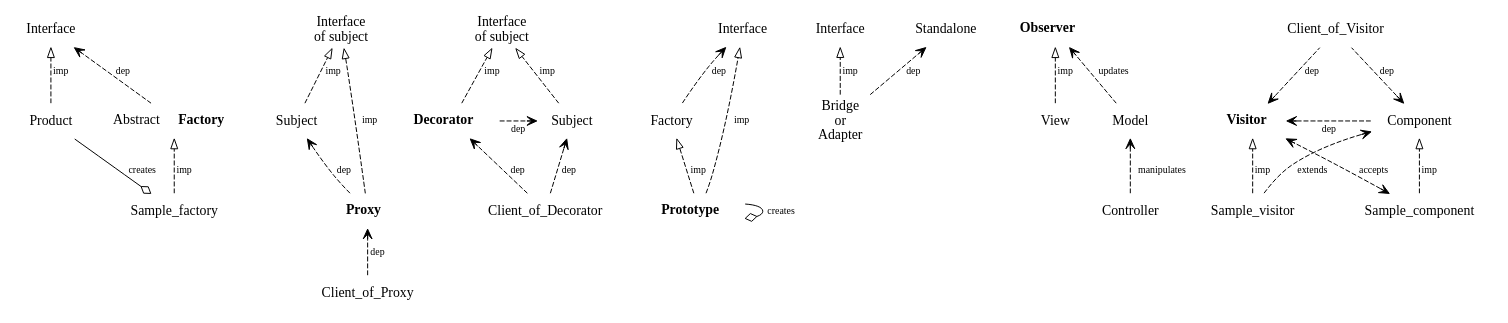
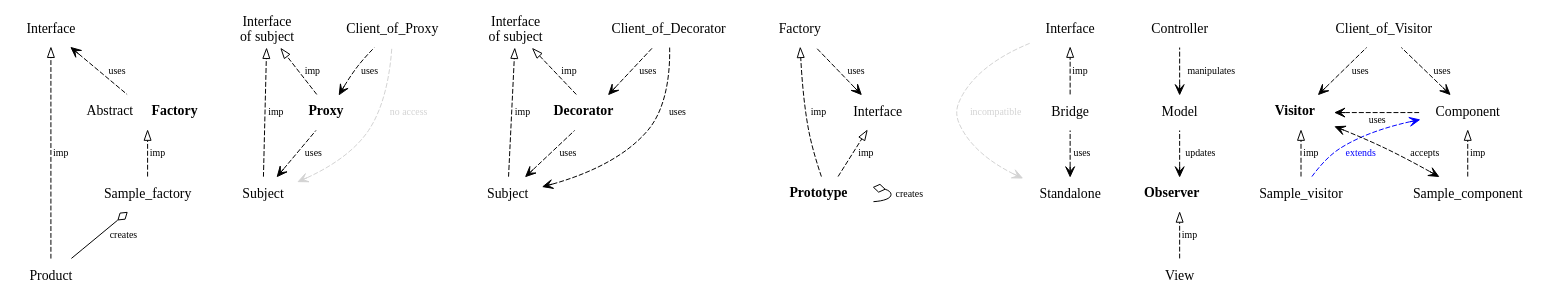
The diagram in cpp/patterns.dot (makelinux/examples), drawn with Graphviz before and after one commit.

```diff
--- a/cpp/patterns.dot
+++ b/cpp/patterns.dot
@@ -1,64 +1,65 @@
 digraph G {
 	rankdir="BT"
 	node [shape=plaintext];
 	{ rank=max Interface }
 	edge [fontsize=10 _fontcolor=darkgray]
 	// Inheritance
 	edge [label=inh arrowhead=onormal];
 
 	// Implementation
 	edge [label=imp weight=1000 arrowhead=onormal style=dashed];
 	Product -> Interface;
 	Factory [label=<Abstract <b>Factory</b>>]
 	Sample_factory -> Factory;
 	Proxy [label=<<b>Proxy</b>>]
 	{ Subject Proxy } -> Common_interface
 	Decorator [label=<<b>Decorator</b>>]
 	Subject_of_Decorator [label=Subject]
 	{ Decorator Subject_of_Decorator} -> Decorator_Interface
 	Common_interface [label="Interface\nof subject"]
 	Decorator_Interface [label="Interface\nof subject"]
 	Factory_of_prototype [label=Factory]
 	Interface_of_prototype [label=Interface]
 	Prototype -> { Factory_of_prototype Interface_of_prototype}
 	Prototype [label=<<b>Prototype</b>>]
 	Bridge_interface [label=Interface]
 	Bridge -> Bridge_interface
 	Observer [label=<<b>Observer</b>>]
 	View -> Observer
 
 	Visitor [label=<<b>Visitor</b>>]
 	rank = same { Component  Visitor }
 	//Component [rank=min]
 	Sample_visitor -> Visitor
 	Sample_component -> Component
 
 	// Aggregation
 	edge [label=agg weight=1 arrowtail=odiamond dir=back style=""]
 
-	edge [label=creates]
-	Sample_factory -> Product
+	edge [label=creates dir="" arrowhead=odiamond]
+	Product -> Sample_factory
 	Prototype -> Prototype
 
 	// Dependencies
-	edge [label=dep weight=1 arrowhead=vee style=dashed dir="" ]
-	Factory -> Interface
-	Factory_of_prototype -> Interface_of_prototype
-	Client_of_Proxy -> Proxy
-	Bridge -> Standalone
-	Bridge [label="Bridge\nor\nAdapter"]
-
-	Proxy -> Subject
-	Decorator -> Subject_of_Decorator
-
-	Client_of_Decorator -> { Decorator Subject_of_Decorator }
-
-	Controller -> Model [label=manipulates]
-	Model -> Observer [label=updates]
+	edge [label=uses weight=1 arrowhead=vee style=dashed dir="" ]
 
 	Component -> Visitor [weight=0]
 	Sample_component -> Visitor [label=accepts weight=0 dir=both arrowtail=vee _constraint=false]
-	Sample_visitor -> Component [label=extends]
+	Sample_visitor -> Component [label=extends color=blue fontcolor=blue]
 	//{Sample_visitor Sample_component } -> Client_of_Visitor [style=invis]
-	{ Visitor Component  } -> Client_of_Visitor [dir=back, arrowtail=vee]
+	edge [label=uses weight=1 dir=back arrowtail=vee ]
+	Subject_of_Decorator -> Decorator -> Client_of_Decorator
+	{ Subject_of_Decorator } -> Client_of_Decorator
+	{ Visitor Component  } -> Client_of_Visitor
+
+	Subject -> Proxy
+	Proxy -> Client_of_Proxy
+	Model -> Controller [label=manipulates]
+	Interface -> Factory
+	Interface_of_prototype -> Factory_of_prototype
+	Standalone -> Bridge
+	Observer -> Model [label=updates]
+	edge [color=lightgray fontcolor=lightgray xweight=0  _constraint=false]
+	Subject -> Client_of_Proxy [label="no access"]
+	Standalone -> Bridge_interface [label="incompatible" constraint=false]
 }
```
